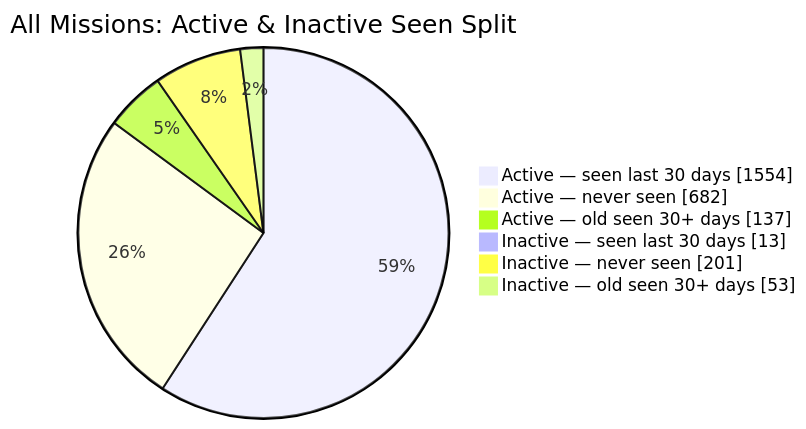
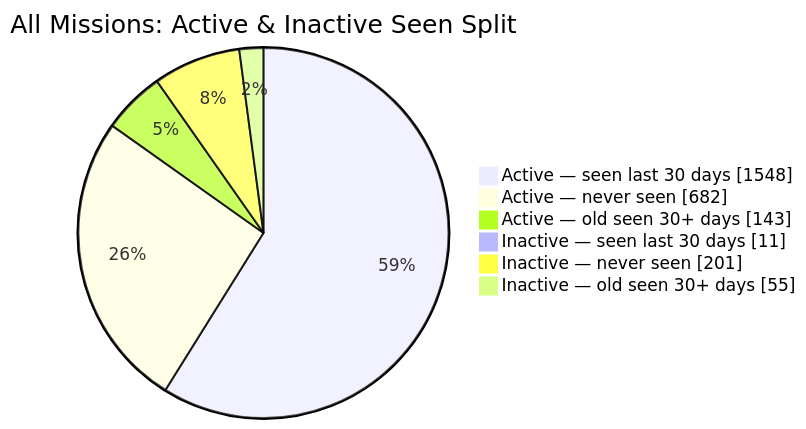
Before and after one commit to MeldkamerspelGameTeam/active-missions: the second of 2 diagrams in README.md, drawn with Mermaid. The commit also changed other lines of this file and 2 other files, not shown here.

````diff
--- a/README.md
+++ b/README.md
@@ -44,10 +44,10 @@
 ```mermaid
 pie showData
     title All Missions: Active & Inactive Seen Split
-    "Active — seen last 30 days" : 1554
+    "Active — seen last 30 days" : 1548
     "Active — never seen" : 682
-    "Active — old seen 30+ days" : 137
-    "Inactive — seen last 30 days" : 13
+    "Active — old seen 30+ days" : 143
+    "Inactive — seen last 30 days" : 11
     "Inactive — never seen" : 201
-    "Inactive — old seen 30+ days" : 53
+    "Inactive — old seen 30+ days" : 55
 ```
````
